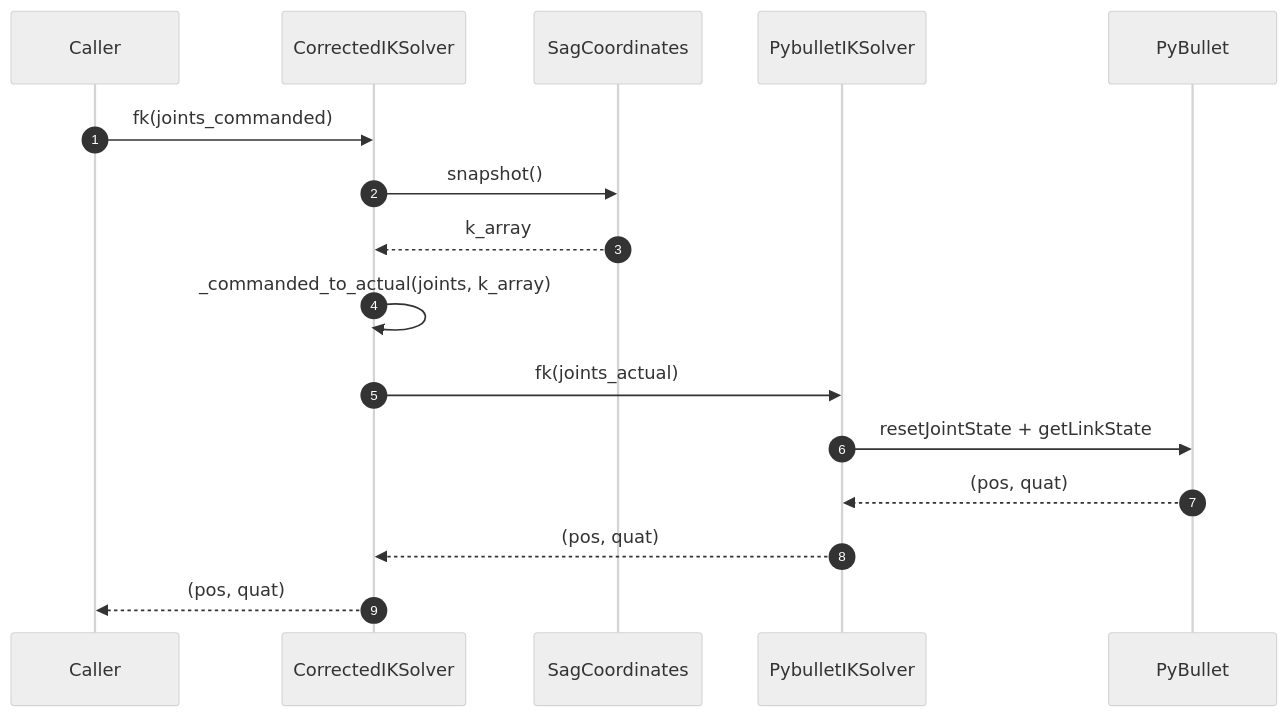
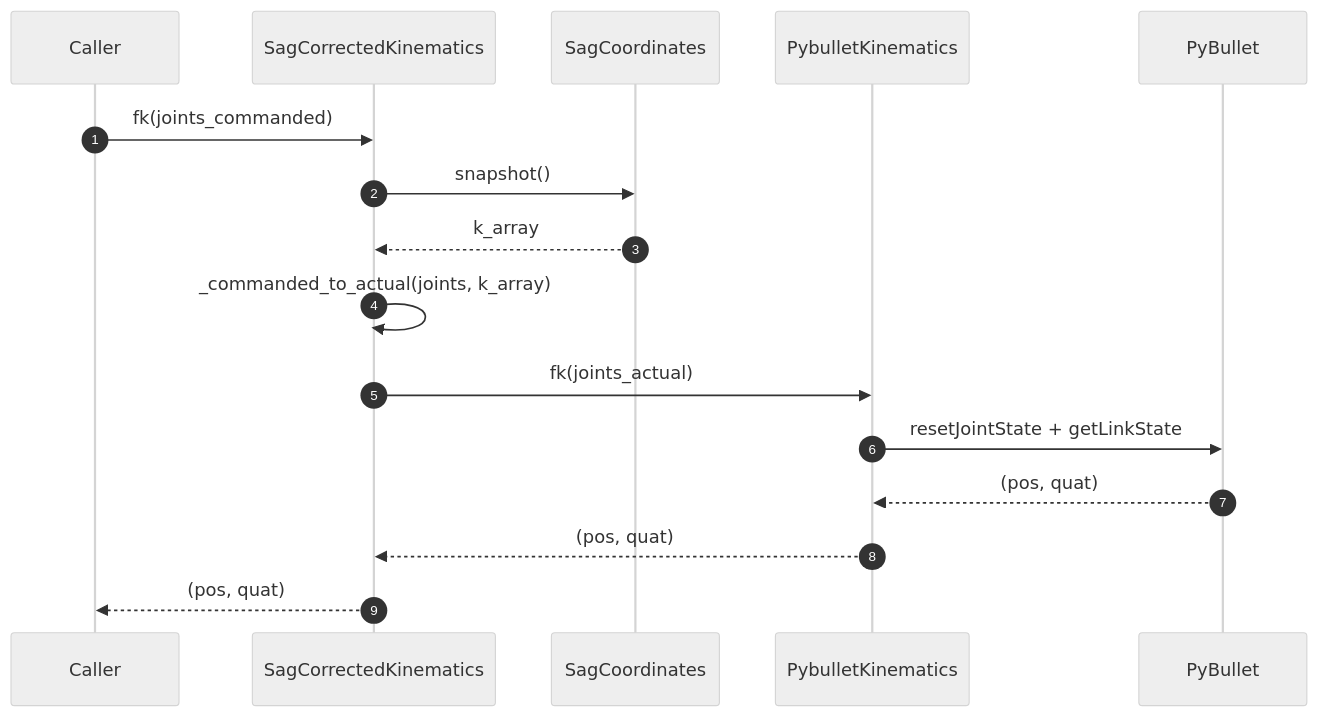
The third of 10 diagrams in docs/multi_robot_walkthrough.md (zzingobomi/horibot), drawn with Mermaid (neutral theme) before and after one commit. The commit also changed other lines of this file and 36 other files, not shown here.

Commit message:
feat: iksolver -> kinematics 로 네이밍 변경

````diff
--- a/docs/multi_robot_walkthrough.md
+++ b/docs/multi_robot_walkthrough.md
@@ -152,19 +152,19 @@
 ```mermaid
 sequenceDiagram
     autonumber
     participant Caller
-    participant CIS as CorrectedIKSolver
+    participant CIS as SagCorrectedKinematics
     participant Sag as SagCoordinates
-    participant PIS as PybulletIKSolver
+    participant PIS as PybulletKinematics
     participant Bullet as PyBullet
 
     Caller->>CIS: fk(joints_commanded)
     CIS->>Sag: snapshot()
     Sag-->>CIS: k_array
     CIS->>CIS: _commanded_to_actual(joints, k_array)
     CIS->>PIS: fk(joints_actual)
     PIS->>Bullet: resetJointState + getLinkState
     Bullet-->>PIS: (pos, quat)
     PIS-->>CIS: (pos, quat)
     CIS-->>Caller: (pos, quat)
 ```
````
